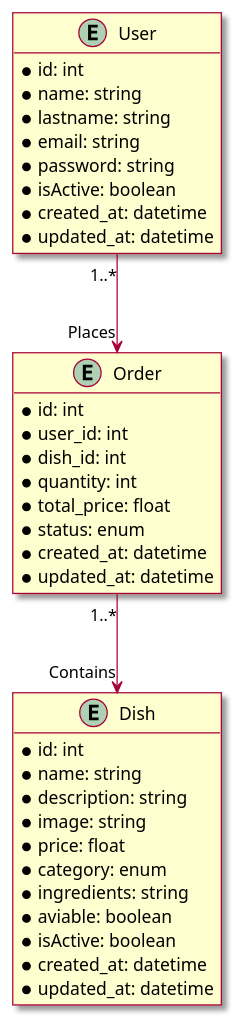
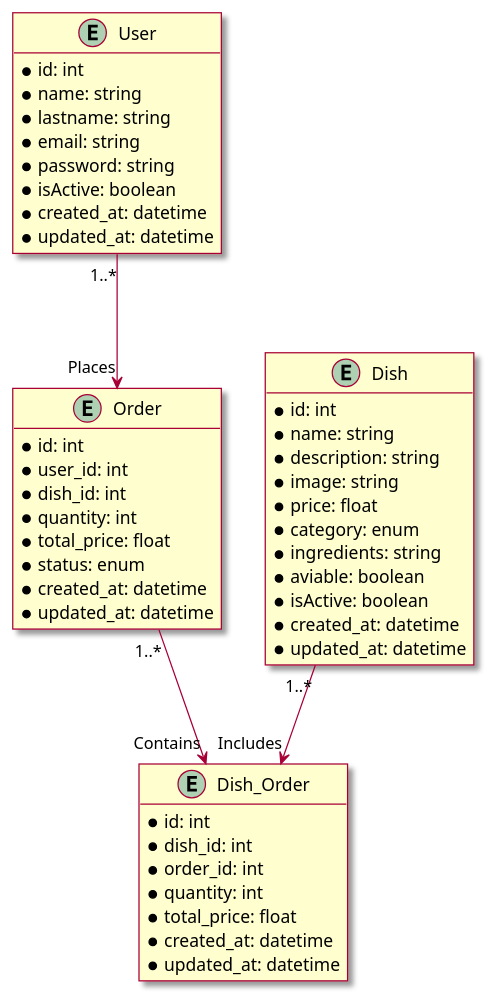
The diagram in documents/db_model.puml (jonjiii/CopperBitesSqlite), drawn with PlantUML before and after one commit.

Commit message:
docs: db model
fixed db model

```diff
--- a/documents/db_model.puml
+++ b/documents/db_model.puml
@@ -1,44 +1,55 @@
 @startuml DatabaseModel
 skin rose
 hide empty members
 
 entity User {
   *id: int
   *name: string
   *lastname: string
   *email: string
   *password: string
   *isActive: boolean
   *created_at: datetime
   *updated_at: datetime
 }
 
 entity Dish {
     *id: int
     *name: string
     *description: string
     *image: string
     *price: float
     *category: enum
     *ingredients: string
     *aviable: boolean
     *isActive: boolean
     *created_at: datetime
     *updated_at: datetime
 }
 
 entity Order {
   *id: int
   *user_id: int
   *dish_id: int
   *quantity: int
   *total_price: float
   *status: enum
   *created_at: datetime
   *updated_at: datetime
 }
 
+entity Dish_Order {
+  *id: int
+  *dish_id: int
+  *order_id: int
+  *quantity: int
+  *total_price: float
+  *created_at: datetime
+  *updated_at: datetime
+}
+
 User --> Order : "1..*" "Places"
-Order --> Dish : "1..*" "Contains"
+Order --> Dish_Order : "1..*" "Contains"
+Dish --> Dish_Order : "1..*" "Includes"
 
 @enduml
```
